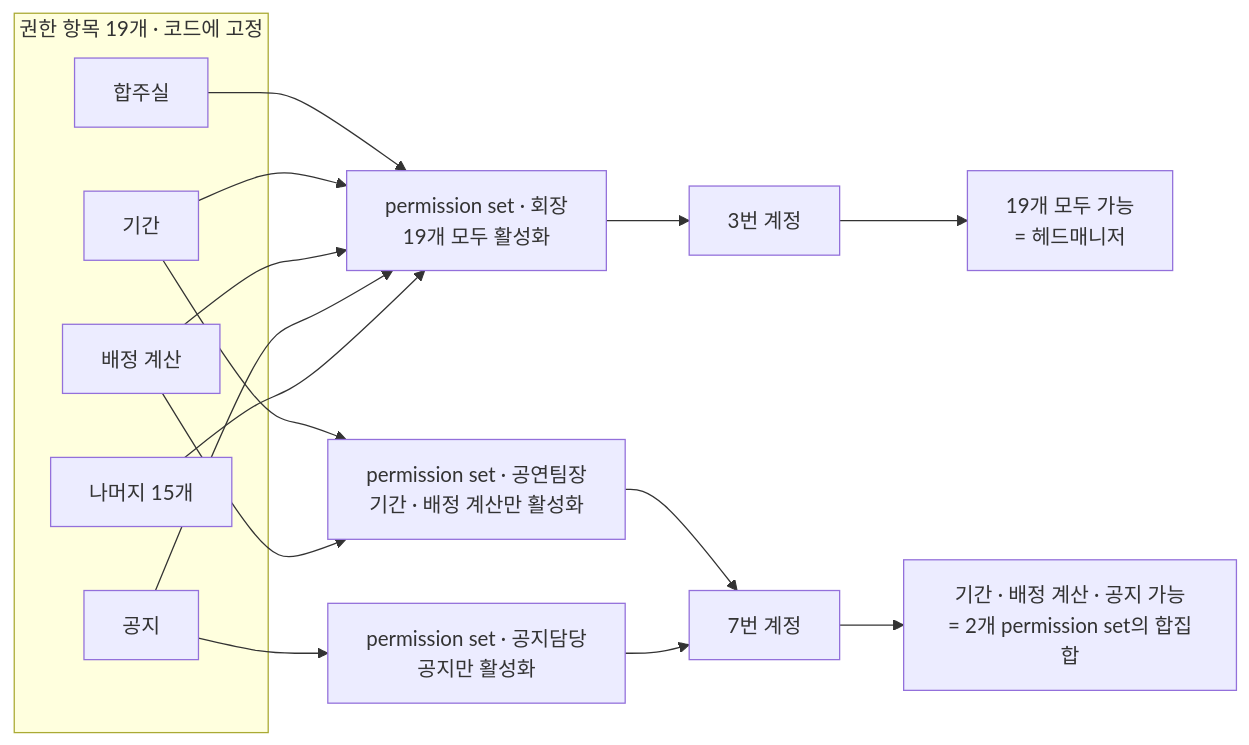
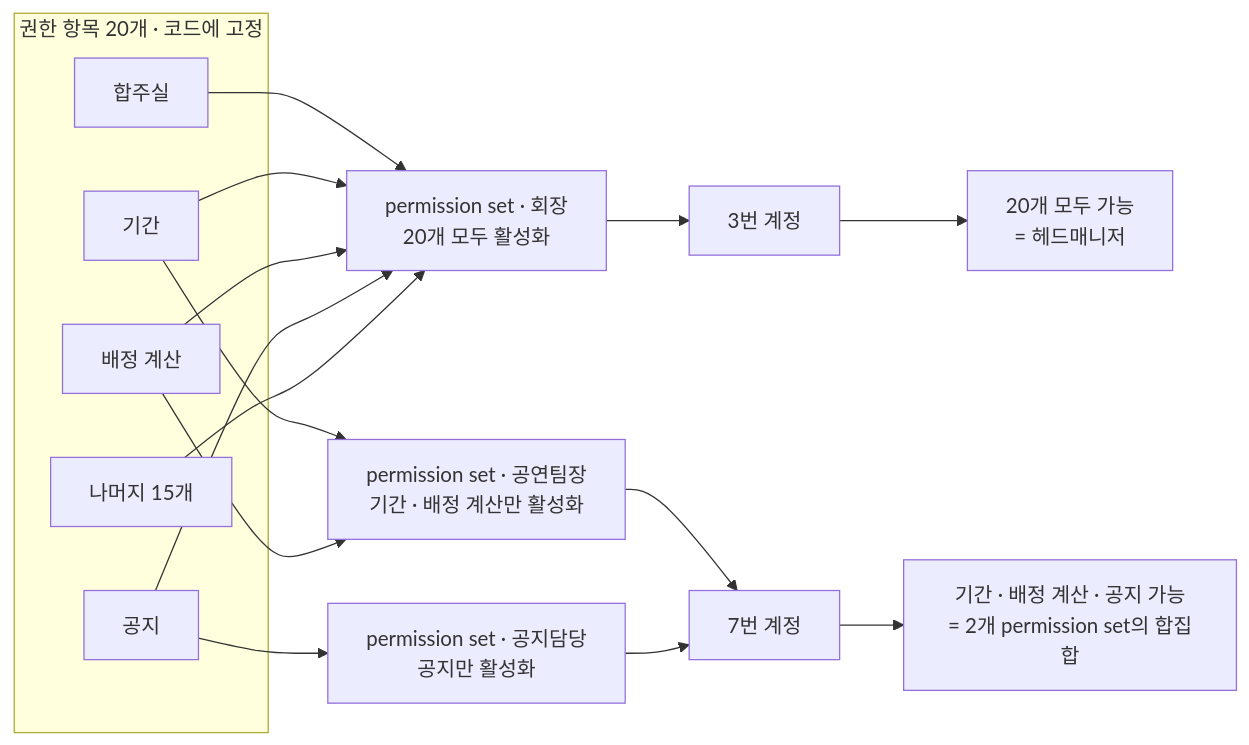
The third of 4 diagrams in .cluedoc/accounts-and-roles/README.md (minkong-dev/Banblit), drawn with Mermaid before and after one commit. The commit also changed other lines of this file and 5 other files, not shown here.

````diff
--- a/.cluedoc/accounts-and-roles/README.md
+++ b/.cluedoc/accounts-and-roles/README.md
@@ -345,23 +347,23 @@
 ```mermaid
 flowchart LR
-    subgraph I[권한 항목 19개 · 코드에 고정]
+    subgraph I[권한 항목 20개 · 코드에 고정]
         A1[합주실]
         A2[기간]
         A3[배정 계산]
         A4[공지]
         A5[나머지 15개]
     end
     A1 --> B1
     A2 --> B1
     A3 --> B1
     A4 --> B1
     A5 --> B1
     A2 --> B2
     A3 --> B2
     A4 --> B3
-    B1[permission set · 회장<br/>19개 모두 활성화] --> M1[3번 계정]
+    B1[permission set · 회장<br/>20개 모두 활성화] --> M1[3번 계정]
     B2[permission set · 공연팀장<br/>기간 · 배정 계산만 활성화] --> M2[7번 계정]
     B3[permission set · 공지담당<br/>공지만 활성화] --> M2
-    M1 --> R1[19개 모두 가능<br/>= 헤드매니저]
+    M1 --> R1[20개 모두 가능<br/>= 헤드매니저]
     M2 --> R2[기간 · 배정 계산 · 공지 가능<br/>= 2개 permission set의 합집합]
 ```
````
